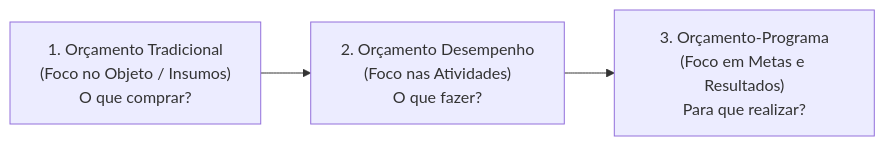
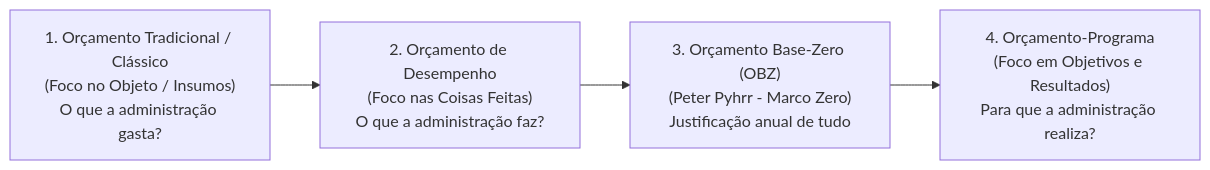
One commit to thiagosantos346/TCE-GO-2027 changed the first of 5 diagrams in fontes_de_estudo/conhecimentos_especificos_a01_tecnico_administrativo/19_nocoes_de_administracao_financeira_e_orcamentaria/01_orcamento_publico_principios_e_ciclo_ppa_ldo_loa.md. Above: the diagram before and after it, drawn with Mermaid. The commit also changed other lines of this file and 119 other files, not shown here.

````diff
--- a/fontes_de_estudo/conhecimentos_especificos_a01_tecnico_administrativo/19_nocoes_de_administracao_financeira_e_orcamentaria/01_orcamento_publico_principios_e_ciclo_ppa_ldo_loa.md
+++ b/fontes_de_estudo/conhecimentos_especificos_a01_tecnico_administrativo/19_nocoes_de_administracao_financeira_e_orcamentaria/01_orcamento_publico_principios_e_ciclo_ppa_ldo_loa.md
@@ -77,5 +72,6 @@
 ```mermaid
 flowchart LR
-    OT["1. Orçamento Tradicional<br/>(Foco no Objeto / Insumos)<br/>O que comprar?"] --> OD["2. Orçamento Desempenho<br/>(Foco nas Atividades)<br/>O que fazer?"]
-    OD --> OP["3. Orçamento-Programa<br/>(Foco em Metas e Resultados)<br/>Para que realizar?"]
+    OT["1. Orçamento Tradicional / Clássico<br/>(Foco no Objeto / Insumos)<br/>O que a administração gasta?"] --> OD["2. Orçamento de Desempenho<br/>(Foco nas Coisas Feitas)<br/>O que a administração faz?"]
+    OD --> OBZ["3. Orçamento Base-Zero (OBZ)<br/>(Peter Pyhrr - Marco Zero)<br/>Justificação anual de tudo"]
+    OBZ --> OP["4. Orçamento-Programa<br/>(Foco em Objetivos e Resultados)<br/>Para que a administração realiza?"]
 ```
````
